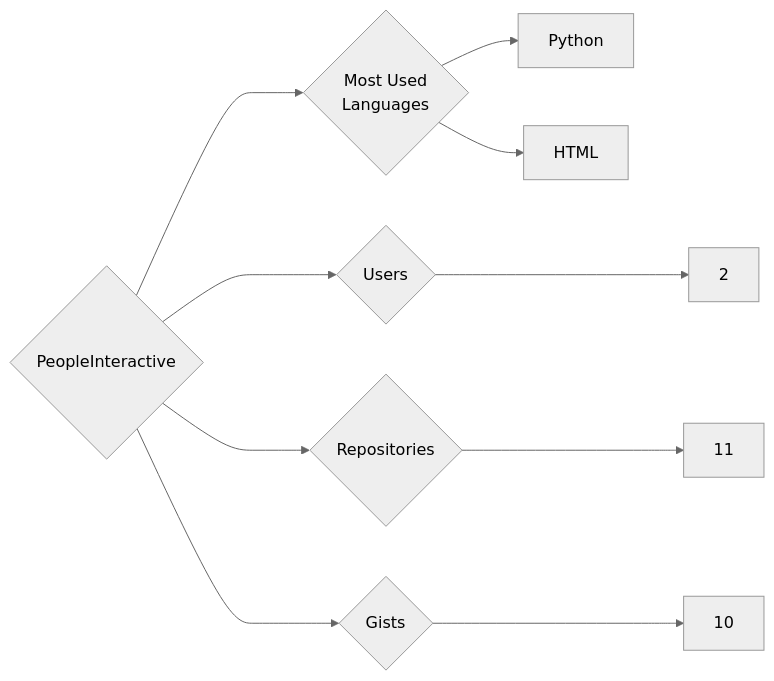
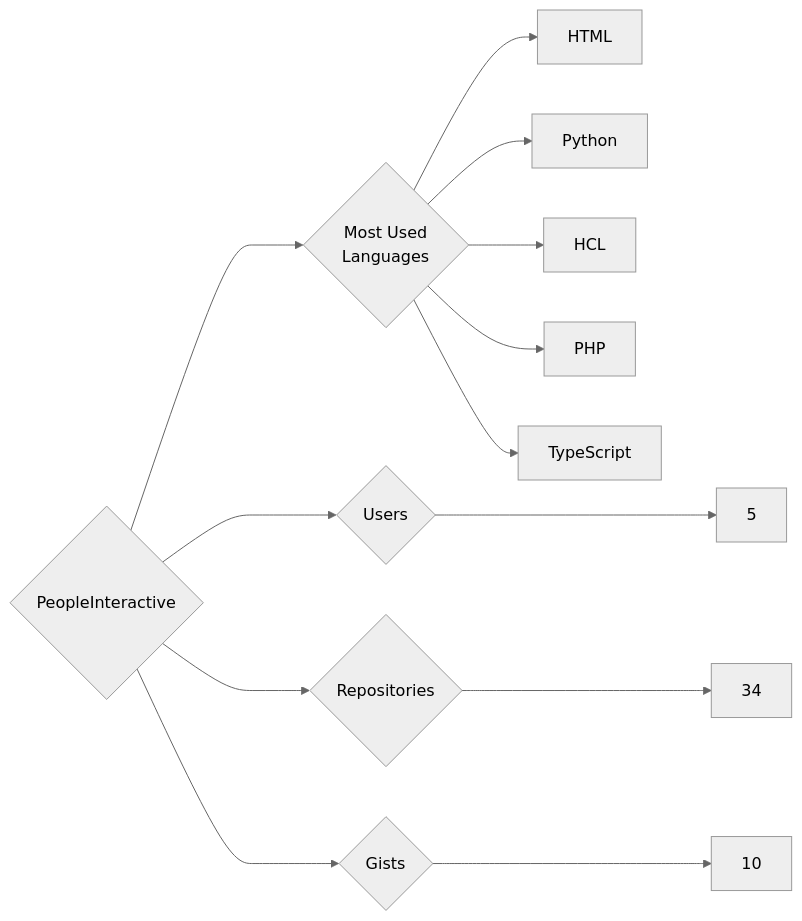
Before and after one commit to trickest/insiders: the diagram in targets/PeopleInteractive/README.md, drawn with Mermaid (neutral theme). The commit also changed 715 other files, not shown here.

````diff
--- a/targets/PeopleInteractive/README.md
+++ b/targets/PeopleInteractive/README.md
@@ -3,10 +3,13 @@
 ```mermaid
 graph LR
 COMPANY_NAME{PeopleInteractive}
-COMPANY_NAME ---> U{Users} ---> UN[2]
-COMPANY_NAME ---> R{Repositories} ---> RN[11]
+COMPANY_NAME ---> U{Users} ---> UN[5]
+COMPANY_NAME ---> R{Repositories} ---> RN[34]
 COMPANY_NAME ---> G{Gists} ---> GN[10]
 COMPANY_NAME ---> ML{Most Used<br>Languages}
+ML --> HTML[HTML]
 ML --> Python[Python]
-ML --> HTML[HTML]
+ML --> HCL[HCL]
+ML --> PHP[PHP]
+ML --> TypeScript[TypeScript]
 ```
````
